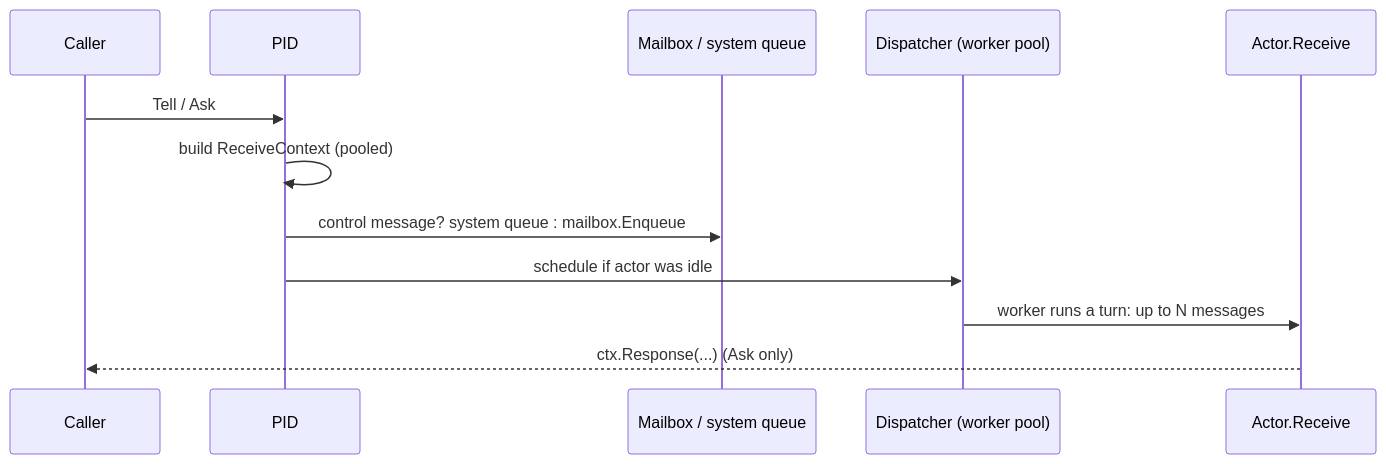
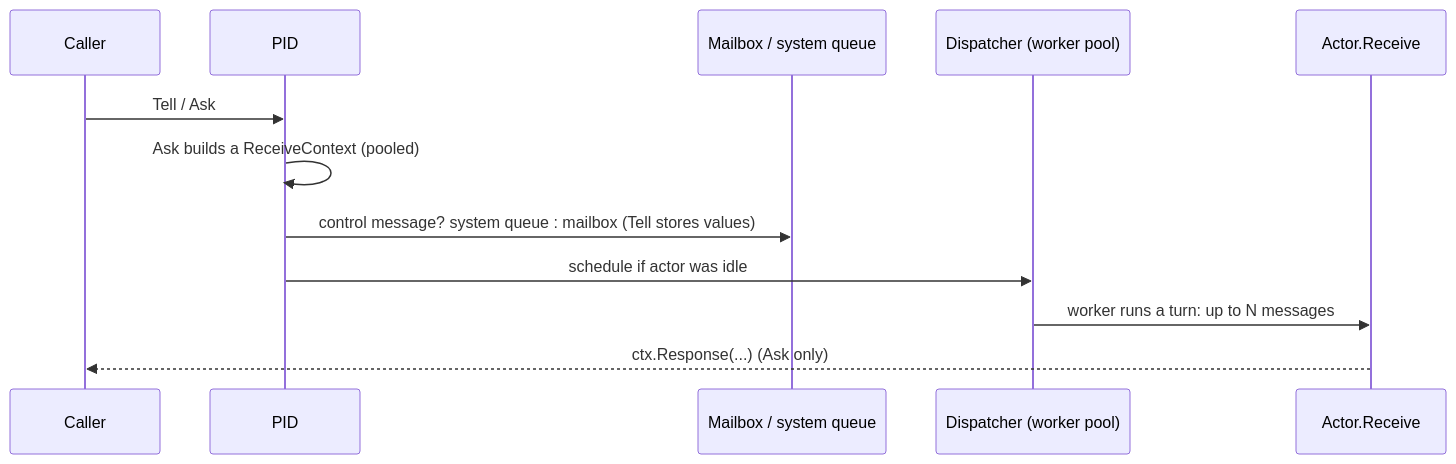
The first of 2 diagrams in book/chapters/chap-01.md (Tochemey/goakt), drawn with Mermaid before and after one commit. The commit also changed other lines of this file and 32 other files, not shown here.

Commit message:
perf(actor): store tell as values and run woken actors on the sending worker (#1465)

````diff
--- a/book/chapters/chap-01.md
+++ b/book/chapters/chap-01.md
@@ -75,14 +75,14 @@
 ```mermaid
 sequenceDiagram
     participant C as Caller
     participant P as PID
     participant M as Mailbox / system queue
     participant D as Dispatcher (worker pool)
     participant A as Actor.Receive
     C->>P: Tell / Ask
-    P->>P: build ReceiveContext (pooled)
-    P->>M: control message? system queue : mailbox.Enqueue
+    P->>P: Ask builds a ReceiveContext (pooled)
+    P->>M: control message? system queue : mailbox (Tell stores values)
     P->>D: schedule if actor was idle
     D->>A: worker runs a turn: up to N messages
     A-->>C: ctx.Response(...) (Ask only)
 ```
````
